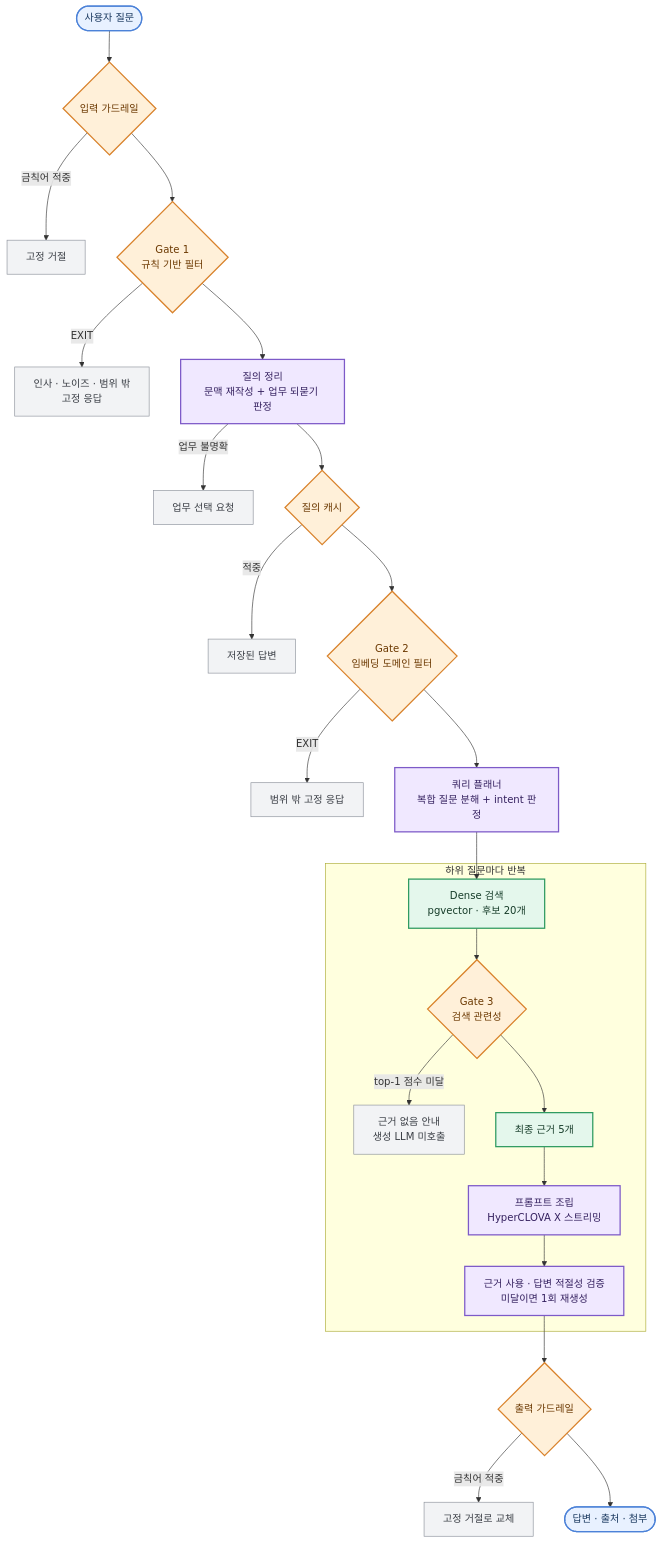
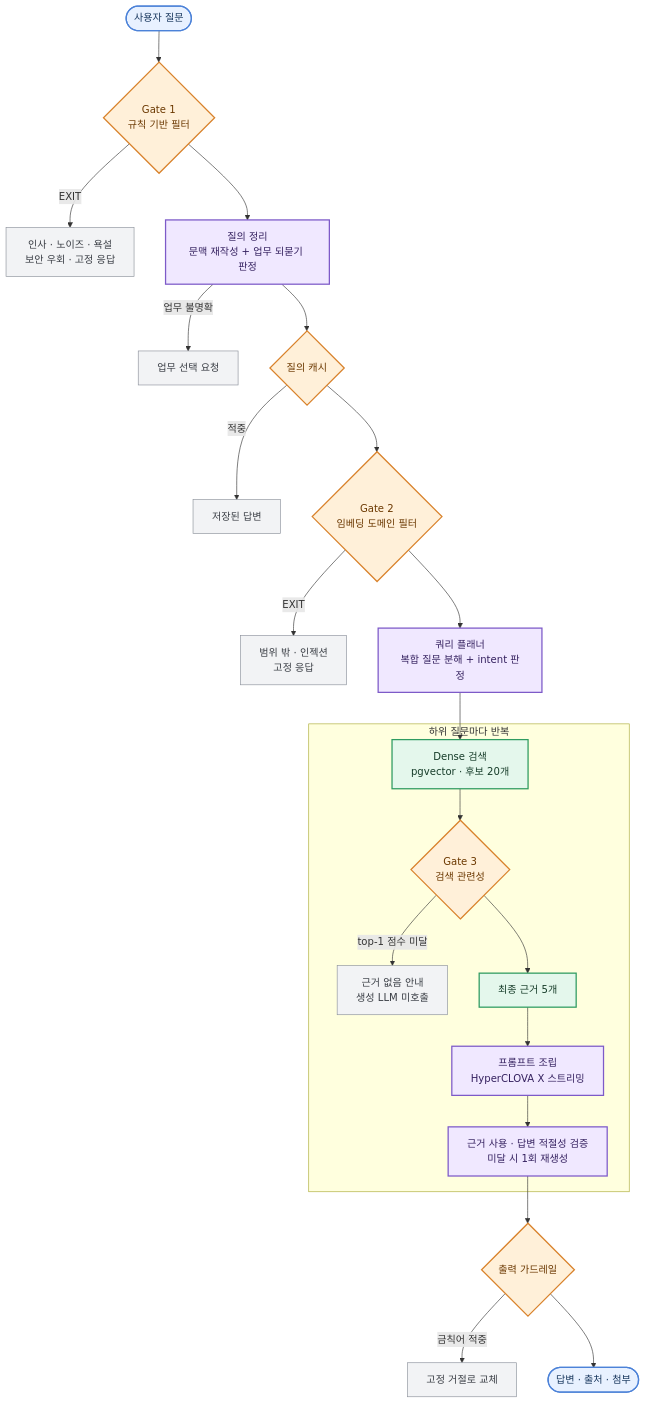
One commit to likelion-8/.github changed the first of 3 diagrams in profile/README.md. Above: the diagram before and after it, drawn with Mermaid. The commit also changed other lines of this file, not shown here.

````diff
--- a/profile/README.md
+++ b/profile/README.md
@@ -17,40 +17,38 @@
 ```mermaid
 flowchart TD
-    Q([사용자 질문]) --> GR{입력 가드레일}
-    GR -->|금칙어 적중| X1[고정 거절]
-    GR --> G1{Gate 1<br/>규칙 기반 필터}
-    G1 -->|EXIT| X2[인사 · 노이즈 · 범위 밖<br/>고정 응답]
+    Q([사용자 질문]) --> G1{Gate 1<br/>규칙 기반 필터}
+    G1 -->|EXIT| X1[인사 · 노이즈 · 욕설<br/>보안 우회 · 고정 응답]
     G1 --> RW[질의 정리<br/>문맥 재작성 + 업무 되묻기 판정]
-    RW -->|업무 불명확| X3[업무 선택 요청]
+    RW -->|업무 불명확| X2[업무 선택 요청]
     RW --> CA{질의 캐시}
-    CA -->|적중| X4[저장된 답변]
+    CA -->|적중| X3[저장된 답변]
     CA --> G2{Gate 2<br/>임베딩 도메인 필터}
-    G2 -->|EXIT| X5[범위 밖 고정 응답]
+    G2 -->|EXIT| X4[범위 밖 · 인젝션<br/>고정 응답]
     G2 --> PL[쿼리 플래너<br/>복합 질문 분해 + intent 판정]
 
     subgraph SUB["하위 질문마다 반복"]
         RT[Dense 검색<br/>pgvector · 후보 20개]
         RT --> G3{Gate 3<br/>검색 관련성}
-        G3 -->|top-1 점수 미달| X6[근거 없음 안내<br/>생성 LLM 미호출]
+        G3 -->|top-1 점수 미달| X5[근거 없음 안내<br/>생성 LLM 미호출]
         G3 --> TK[최종 근거 5개]
         TK --> GEN[프롬프트 조립<br/>HyperCLOVA X 스트리밍]
-        GEN --> VF[근거 사용 · 답변 적절성 검증<br/>미달이면 1회 재생성]
+        GEN --> VF[근거 사용 · 답변 적절성 검증<br/>미달 시 1회 재생성]
     end
 
     PL --> RT
     VF --> OG{출력 가드레일}
-    OG -->|금칙어 적중| X7[고정 거절로 교체]
+    OG -->|금칙어 적중| X6[고정 거절로 교체]
     OG --> D([답변 · 출처 · 첨부])
 
     classDef io fill:#E8F1FF,stroke:#4C82D8,color:#17365D,stroke-width:2px;
     classDef gate fill:#FFF0D9,stroke:#D9822B,color:#6B3800,stroke-width:2px;
     classDef llm fill:#F0E8FF,stroke:#7D5AC8,color:#34205F,stroke-width:2px;
     classDef search fill:#E4F7EC,stroke:#2F9B61,color:#163C29,stroke-width:2px;
     classDef stop fill:#F2F3F5,stroke:#8B909A,color:#3A3E45,stroke-width:1px;
 
     class Q,D io;
-    class GR,G1,CA,G2,G3,OG gate;
+    class G1,CA,G2,G3,OG gate;
     class RW,PL,GEN,VF llm;
     class RT,TK search;
-    class X1,X2,X3,X4,X5,X6,X7 stop;
+    class X1,X2,X3,X4,X5,X6 stop;
 ```
````
